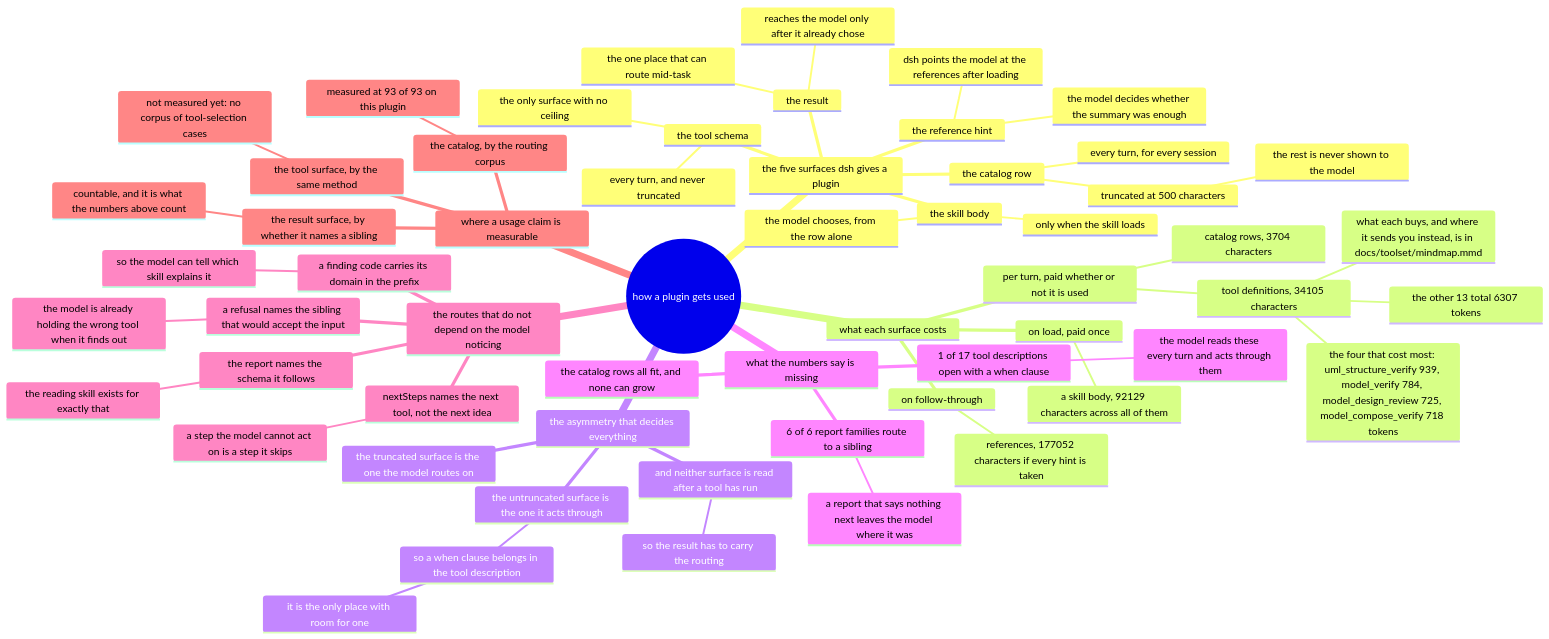
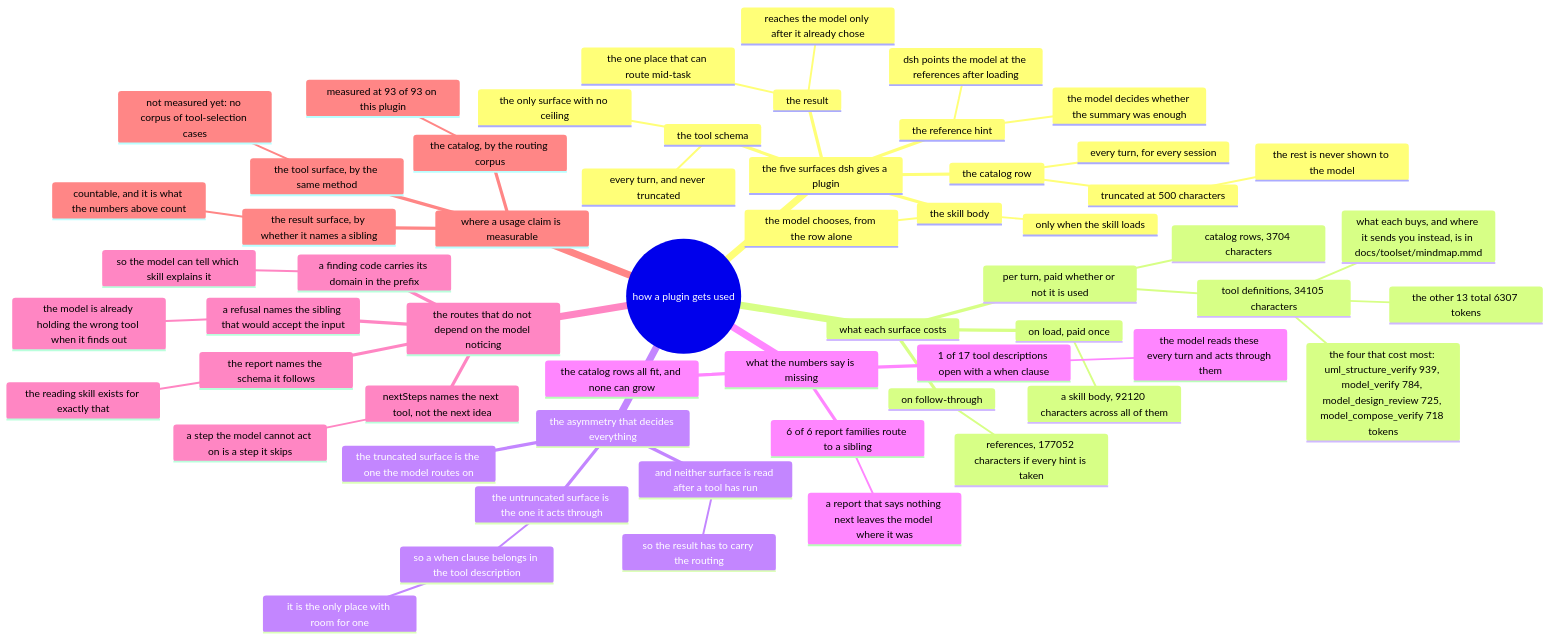
The diagram in docs/usage/mindmap.mmd (AmethystLuna/dsh-model-everything), drawn with Mermaid before and after one commit. The commit also changed 18 other files, not shown here.

```diff
--- a/docs/usage/mindmap.mmd
+++ b/docs/usage/mindmap.mmd
@@ -1,59 +1,59 @@
 mindmap
 root((how a plugin gets used))
   the five surfaces dsh gives a plugin
     the catalog row
       every turn, for every session
       truncated at 500 characters
         the rest is never shown to the model
     the skill body
       only when the skill loads
       the model chooses, from the row alone
     the reference hint
       dsh points the model at the references after loading
       the model decides whether the summary was enough
     the tool schema
       every turn, and never truncated
       the only surface with no ceiling
     the result
       reaches the model only after it already chose
       the one place that can route mid-task
   what each surface costs
     per turn, paid whether or not it is used
       catalog rows, 3704 characters
       tool definitions, 34105 characters
         the four that cost most: uml_structure_verify 939, model_verify 784, model_design_review 725, model_compose_verify 718 tokens
         the other 13 total 6307 tokens
         what each buys, and where it sends you instead, is in docs/toolset/mindmap.mmd
     on load, paid once
-      a skill body, 92129 characters across all of them
+      a skill body, 92120 characters across all of them
     on follow-through
       references, 177052 characters if every hint is taken
   the asymmetry that decides everything
     the truncated surface is the one the model routes on
     the untruncated surface is the one it acts through
       so a when clause belongs in the tool description
         it is the only place with room for one
     and neither surface is read after a tool has run
       so the result has to carry the routing
   what the numbers say is missing
     1 of 17 tool descriptions open with a when clause
       the model reads these every turn and acts through them
     6 of 6 report families route to a sibling
       a report that says nothing next leaves the model where it was
     the catalog rows all fit, and none can grow
   the routes that do not depend on the model noticing
     a refusal names the sibling that would accept the input
       the model is already holding the wrong tool when it finds out
     nextSteps names the next tool, not the next idea
       a step the model cannot act on is a step it skips
     a finding code carries its domain in the prefix
       so the model can tell which skill explains it
     the report names the schema it follows
       the reading skill exists for exactly that
   where a usage claim is measurable
     the catalog, by the routing corpus
       measured at 93 of 93 on this plugin
     the tool surface, by the same method
       not measured yet: no corpus of tool-selection cases
     the result surface, by whether it names a sibling
       countable, and it is what the numbers above count
```
